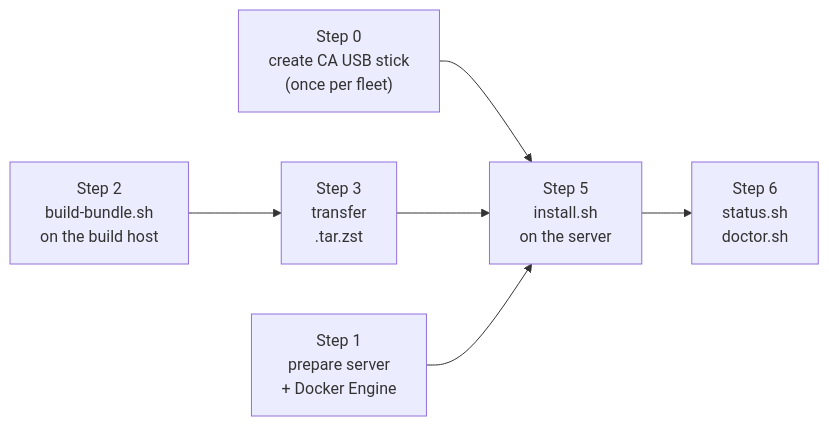
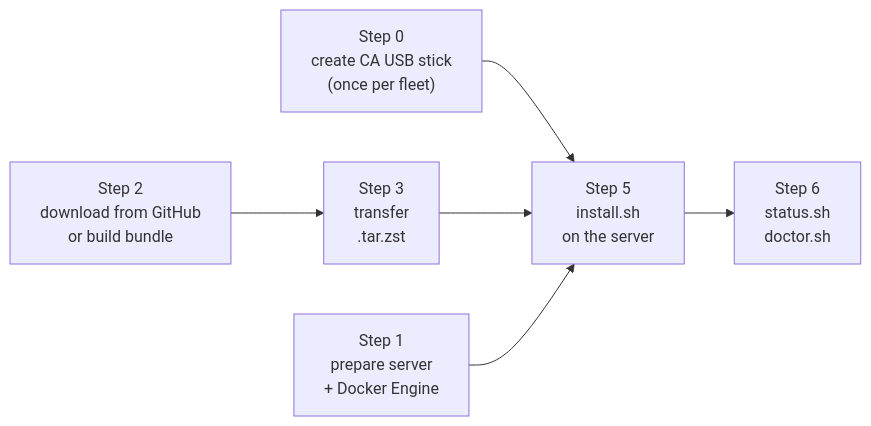
One commit to SAPOT-System/YLP-software changed the diagram in docs/deployment/install-ubuntu-server.md. Above: the diagram before and after it, drawn with Mermaid. The commit also changed other lines of this file and 1 other file, not shown here.

Commit message:
docs(docs-deployment): document bundle release downloads

````diff
--- a/docs/deployment/install-ubuntu-server.md
+++ b/docs/deployment/install-ubuntu-server.md
@@ -31,8 +31,8 @@
 ```mermaid
 flowchart LR
     A["Step 0<br/>create CA USB stick<br/>(once per fleet)"] --> D
-    B["Step 2<br/>build-bundle.sh<br/>on the build host"] --> C["Step 3<br/>transfer<br/>.tar.zst"]
+    B["Step 2<br/>download from GitHub<br/>or build bundle"] --> C["Step 3<br/>transfer<br/>.tar.zst"]
     C --> D["Step 5<br/>install.sh<br/>on the server"]
     E["Step 1<br/>prepare server<br/>+ Docker Engine"] --> D
     D --> F["Step 6<br/>status.sh<br/>doctor.sh"]
 ```
````
